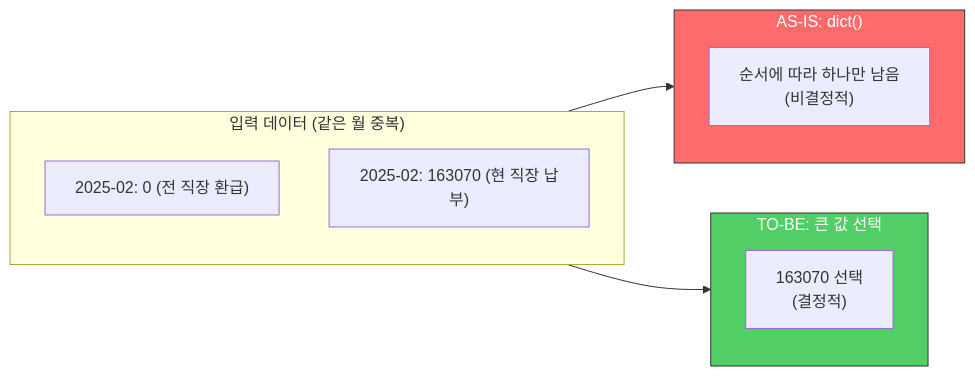
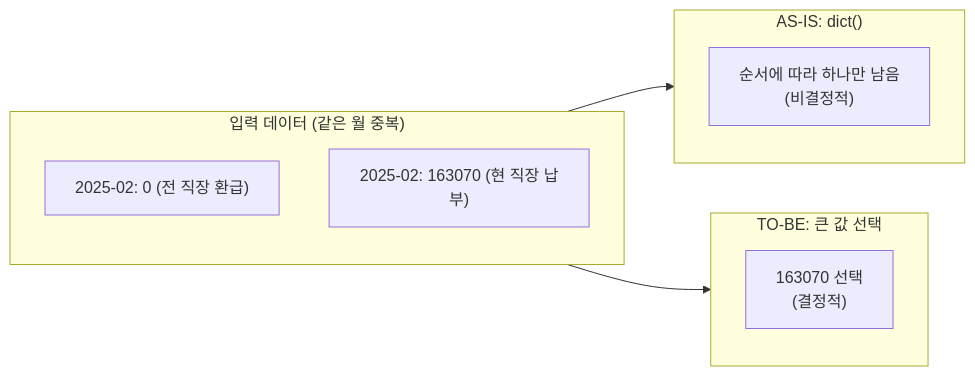
The third of 3 diagrams in _posts/2025-11-21-python-dict-변환의-함정-금융-데이터-집계-버그.md (Gyubster/til), drawn with Mermaid before and after one commit. The commit also changed other lines of this file and 13 other files, not shown here.

Commit message:
Mermaid 렌더링 수정: subgraph style 명령 제거

````diff
--- a/_posts/2025-11-21-python-dict-변환의-함정-금융-데이터-집계-버그.md
+++ b/_posts/2025-11-21-python-dict-변환의-함정-금융-데이터-집계-버그.md
@@ -126,17 +123,15 @@
 ```mermaid
 flowchart LR
     subgraph input["입력 데이터 (같은 월 중복)"]
         A["2025-02: 0 (전 직장 환급)"]
         B["2025-02: 163070 (현 직장 납부)"]
     end
     subgraph as_is["AS-IS: dict()"]
         C["순서에 따라 하나만 남음<br>(비결정적)"]
     end
     subgraph to_be["TO-BE: 큰 값 선택"]
         D["163070 선택<br>(결정적)"]
     end
     input --> as_is
     input --> to_be
-    style as_is fill:#ff6b6b,stroke:#333,color:#fff
-    style to_be fill:#51cf66,stroke:#333,color:#fff
 ```
````
